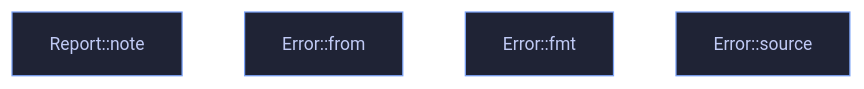
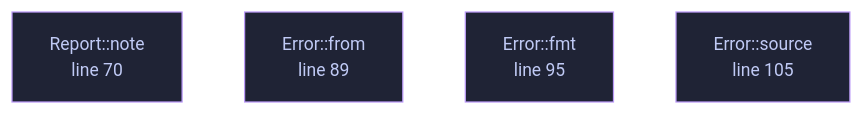
One commit to tilas01/veilvoice changed the diagram in wiki/File-veilvoice-meta-lib.md. Above: the diagram before and after it, drawn with Mermaid. The commit also changed other lines of this file and 182 other files, not shown here.

````diff
--- a/wiki/File-veilvoice-meta-lib.md
+++ b/wiki/File-veilvoice-meta-lib.md
@@ -50,8 +62,10 @@
 ```mermaid
 %%{init: {"theme":"base","themeVariables":{"background":"#1a1b26","primaryColor":"#1f2335","primaryTextColor":"#c0caf5","primaryBorderColor":"#7aa2f7","secondaryColor":"#16161e","tertiaryColor":"#16161e","lineColor":"#737aa2","textColor":"#c0caf5","mainBkg":"#1f2335","nodeBorder":"#7aa2f7","clusterBkg":"#16161e","clusterBorder":"#2f3549","fontFamily":"ui-monospace, SFMono-Regular, Consolas, monospace","fontSize":"14px"}}}%%
 flowchart TD
-    n_note["Report::note"]
-    n_from["Error::from"]
-    n_fmt["Error::fmt"]
-    n_source["Error::source"]
+    n_note["Report::note<br/>line 70"]
+    n_from["Error::from<br/>line 89"]
+    n_fmt["Error::fmt<br/>line 95"]
+    n_source["Error::source<br/>line 105"]
+    classDef helper fill:#1f2335,stroke:#bb9af7,color:#c0caf5
+    class n_note,n_from,n_fmt,n_source helper
 ```
````
